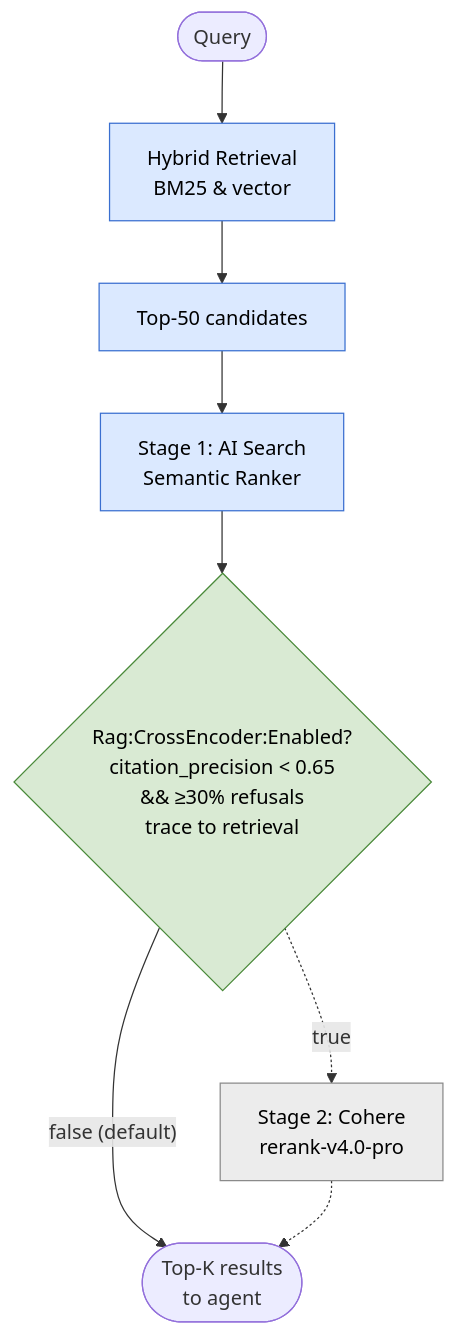
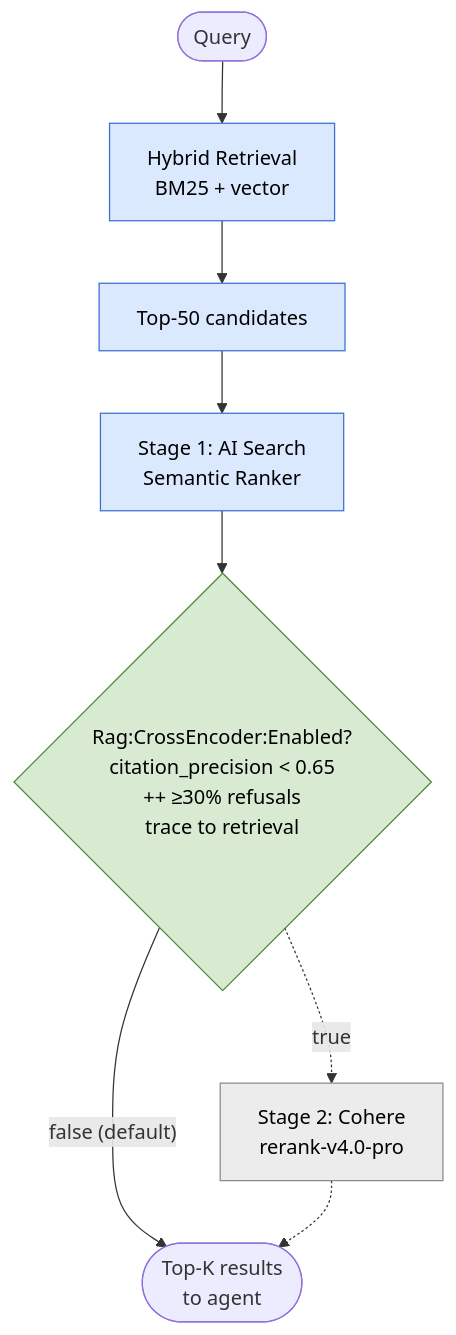
The diagram in docs/adr/0024-two-stage-reranking.md (Early-Bird-Solutions-LLC/PinballWizard), drawn with Mermaid before and after one commit. The commit also changed 7 other files, not shown here.

First line of the commit message:
docs(diagrams) short single-line labels + drop &amp; to stop renderer truncation (#601)

````diff
--- a/docs/adr/0024-two-stage-reranking.md
+++ b/docs/adr/0024-two-stage-reranking.md
@@ -34,18 +34,18 @@
 ```mermaid
 flowchart TD
-    Q([Query]) --> H["Hybrid Retrieval<br/>BM25 &amp; vector"]
+    Q([Query]) --> H["Hybrid Retrieval<br/>BM25 + vector"]
     H --> C50["Top-50 candidates"]
     C50 --> S1["Stage 1: AI Search<br/>Semantic Ranker"]
-    S1 --> G{"Rag:CrossEncoder:Enabled?<br/>citation_precision &lt; 0.65<br/>&amp;&amp; ≥30% refusals<br/>trace to retrieval"}
+    S1 --> G{"Rag:CrossEncoder:Enabled?<br/>citation_precision &lt; 0.65<br/>++ ≥30% refusals<br/>trace to retrieval"}
     G -- "false (default)" --> R(["Top-K results<br/>to agent"])
     G -.->|true| S2["Stage 2: Cohere<br/>rerank-v4.0-pro"]
     S2 -.-> R
 
     classDef svc fill:#dbe9ff,stroke:#3a6fd0,color:#000
     classDef future fill:#ececec,stroke:#8a8a8a,color:#000
     classDef gov fill:#d9ead3,stroke:#4a8a3a,color:#000
 
     class H,C50,S1 svc
     class S2 future
     class G gov
 ```
````
